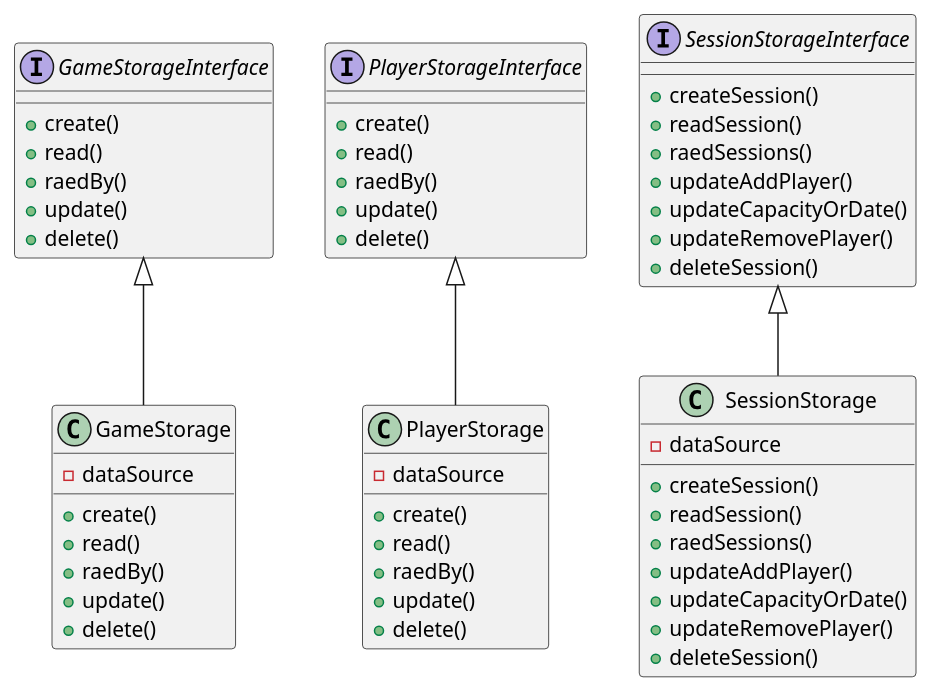
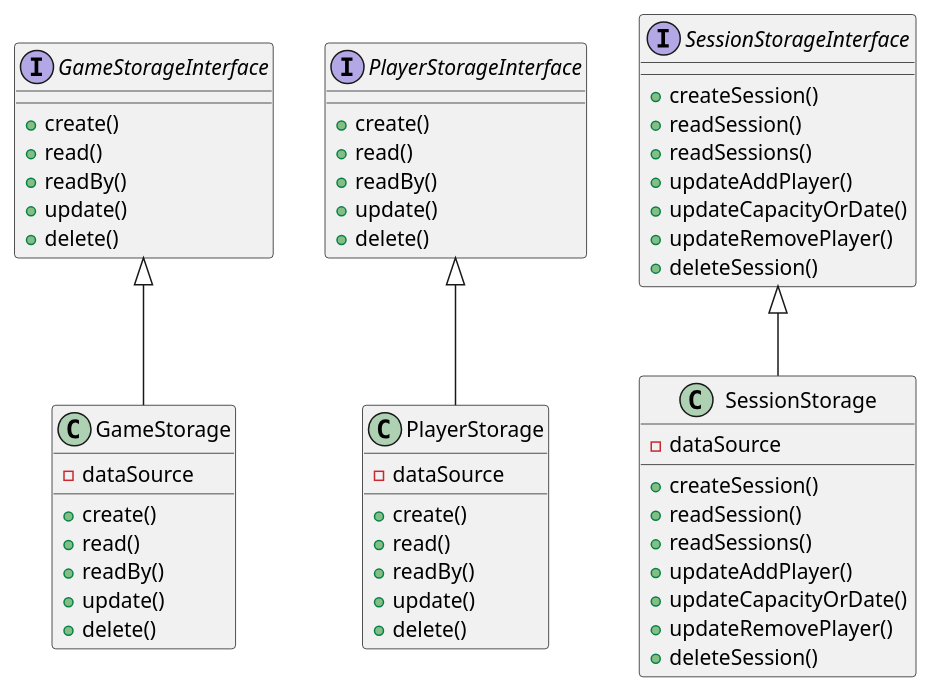
The diagram in phase3/src/main/kotlin/pt/isel/ls/storage/StorageDiagram.puml (Thuzys/Session_Control), drawn with PlantUML before and after one commit. The commit also changed 11 other files, not shown here.

```diff
--- a/phase3/src/main/kotlin/pt/isel/ls/storage/StorageDiagram.puml
+++ b/phase3/src/main/kotlin/pt/isel/ls/storage/StorageDiagram.puml
@@ -1,63 +1,63 @@
 @startuml
 'https://plantuml.com/sequence-diagram
 
 Interface GameStorageInterface {
     + create()
     + read()
-    + raedBy()
+    + readBy()
     + update()
     + delete()
 }
 
 Interface PlayerStorageInterface {
     + create()
     + read()
-    + raedBy()
+    + readBy()
     + update()
     + delete()
 }
 
 Interface SessionStorageInterface {
     + createSession()
     + readSession()
-    + raedSessions()
+    + readSessions()
     + updateAddPlayer()
     + updateCapacityOrDate()
     + updateRemovePlayer()
     + deleteSession()
 }
 
 class GameStorage {
     + create()
     + read()
-    + raedBy()
+    + readBy()
     + update()
     + delete()
     - dataSource
 }
 
 class PlayerStorage {
     + create()
     + read()
-    + raedBy()
+    + readBy()
     + update()
     + delete()
     - dataSource
 }
 
 class SessionStorage {
     + createSession()
     + readSession()
-    + raedSessions()
+    + readSessions()
     + updateAddPlayer()
     + updateCapacityOrDate()
     + updateRemovePlayer()
     + deleteSession()
     - dataSource
 }
 
 GameStorageInterface <|-- GameStorage
 PlayerStorageInterface <|-- PlayerStorage
 SessionStorageInterface <|-- SessionStorage
 
 @enduml
```
